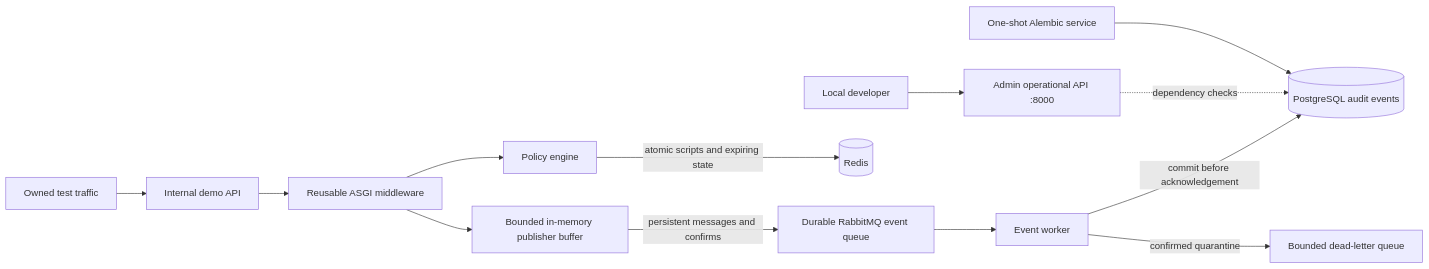
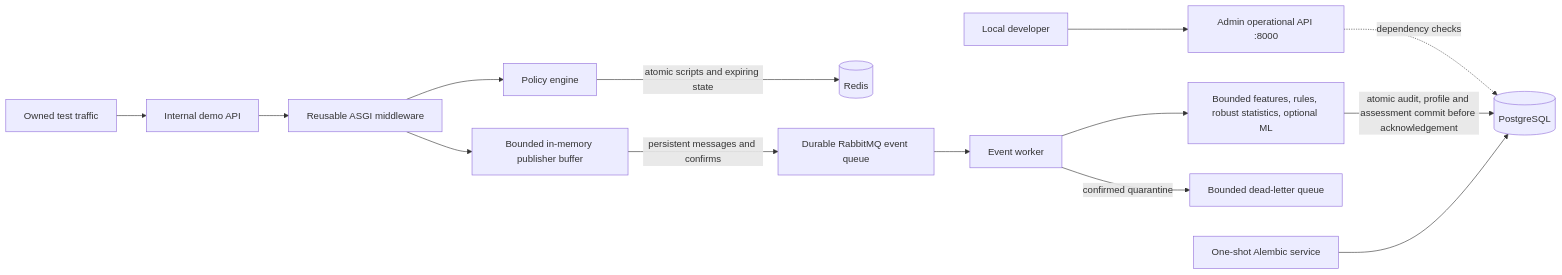
The diagram in README.md (satvikpandey21/SENTINEL-AI), drawn with Mermaid before and after one commit. The commit also changed other lines of this file and 26 other files, not shown here.

````diff
--- a/README.md
+++ b/README.md
@@ -21,15 +22,16 @@
 ```mermaid
 flowchart LR
     Local[Local developer] --> Admin[Admin operational API :8000]
     Traffic[Owned test traffic] --> Demo[Internal demo API]
     Demo --> Middleware[Reusable ASGI middleware]
     Middleware --> Engine[Policy engine]
     Engine -->|atomic scripts and expiring state| Redis[(Redis)]
     Middleware --> Buffer[Bounded in-memory publisher buffer]
     Buffer -->|persistent messages and confirms| MQ[Durable RabbitMQ event queue]
     MQ --> Worker[Event worker]
-    Worker -->|commit before acknowledgement| PG[(PostgreSQL audit events)]
+    Worker --> Analysis[Bounded features, rules, robust statistics, optional ML]
+    Analysis -->|atomic audit, profile and assessment commit before acknowledgement| PG[(PostgreSQL)]
     Worker -->|confirmed quarantine| Dead[Bounded dead-letter queue]
     Admin -. dependency checks .-> PG
     Migration[One-shot Alembic service] --> PG
 ```
````
